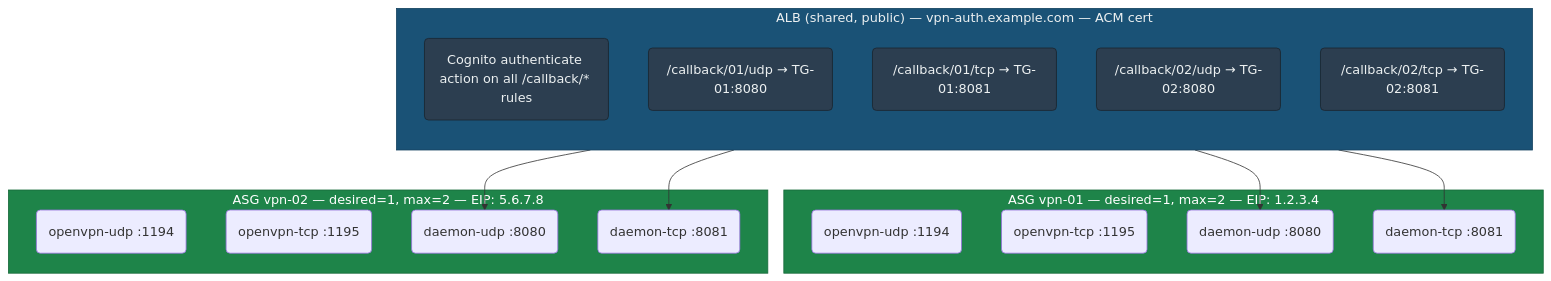
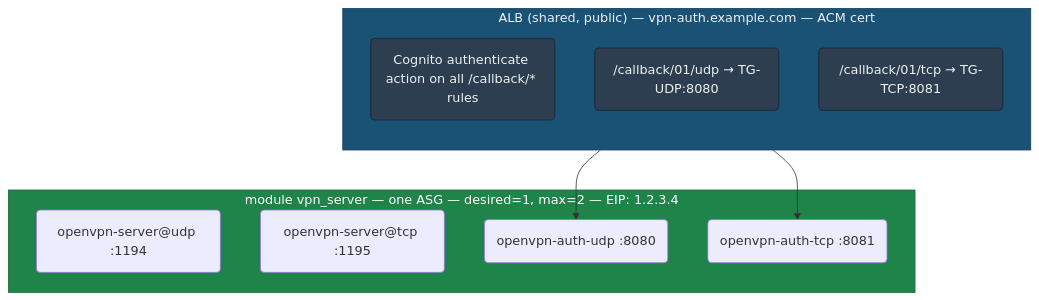
Before and after one commit to luk-kop/openvpn-auth-aws: the first of 9 diagrams in docs/architecture-design.md, drawn with Mermaid. The commit also changed other lines of this file and 26 other files, not shown here.

````diff
--- a/docs/architecture-design.md
+++ b/docs/architecture-design.md
@@ -18,39 +18,25 @@
 ```mermaid
 graph TD
     subgraph ALB_Block["ALB (shared, public) — vpn-auth.example.com — ACM cert"]
         direction TB
         ALB_Auth("Cognito authenticate action on all /callback/* rules")
-        Rule1("/callback/01/udp → TG-01:8080")
-        Rule2("/callback/01/tcp → TG-01:8081")
-        Rule3("/callback/02/udp → TG-02:8080")
-        Rule4("/callback/02/tcp → TG-02:8081")
+        Rule1("/callback/01/udp → TG-UDP:8080")
+        Rule2("/callback/01/tcp → TG-TCP:8081")
     end
 
-    subgraph ASG1["ASG vpn-01 — desired=1, max=2 — EIP: 1.2.3.4"]
-        VPN1_UDP("openvpn-udp :1194")
-        VPN1_TCP("openvpn-tcp :1195")
-        D1_UDP("daemon-udp :8080")
-        D1_TCP("daemon-tcp :8081")
+    subgraph ASG["module vpn_server — one ASG — desired=1, max=2 — EIP: 1.2.3.4"]
+        VPN_UDP("openvpn-server@udp :1194")
+        VPN_TCP("openvpn-server@tcp :1195")
+        D_UDP("openvpn-auth-udp :8080")
+        D_TCP("openvpn-auth-tcp :8081")
     end
 
-    subgraph ASG2["ASG vpn-02 — desired=1, max=2 — EIP: 5.6.7.8"]
-        VPN2_UDP("openvpn-udp :1194")
-        VPN2_TCP("openvpn-tcp :1195")
-        D2_UDP("daemon-udp :8080")
-        D2_TCP("daemon-tcp :8081")
-    end
-
-    Rule1 --> D1_UDP
-    Rule2 --> D1_TCP
-    Rule3 --> D2_UDP
-    Rule4 --> D2_TCP
+    Rule1 --> D_UDP
+    Rule2 --> D_TCP
 
     style ALB_Block fill:#1a5276,stroke:#154360,color:#ecf0f1
-    style ASG1 fill:#1e8449,stroke:#186a3b,color:#fff
-    style ASG2 fill:#1e8449,stroke:#186a3b,color:#fff
+    style ASG fill:#1e8449,stroke:#186a3b,color:#fff
     style ALB_Auth fill:#2c3e50,stroke:#1a252f,color:#ecf0f1
     style Rule1 fill:#2c3e50,stroke:#1a252f,color:#ecf0f1
     style Rule2 fill:#2c3e50,stroke:#1a252f,color:#ecf0f1
-    style Rule3 fill:#2c3e50,stroke:#1a252f,color:#ecf0f1
-    style Rule4 fill:#2c3e50,stroke:#1a252f,color:#ecf0f1
 ```
````
